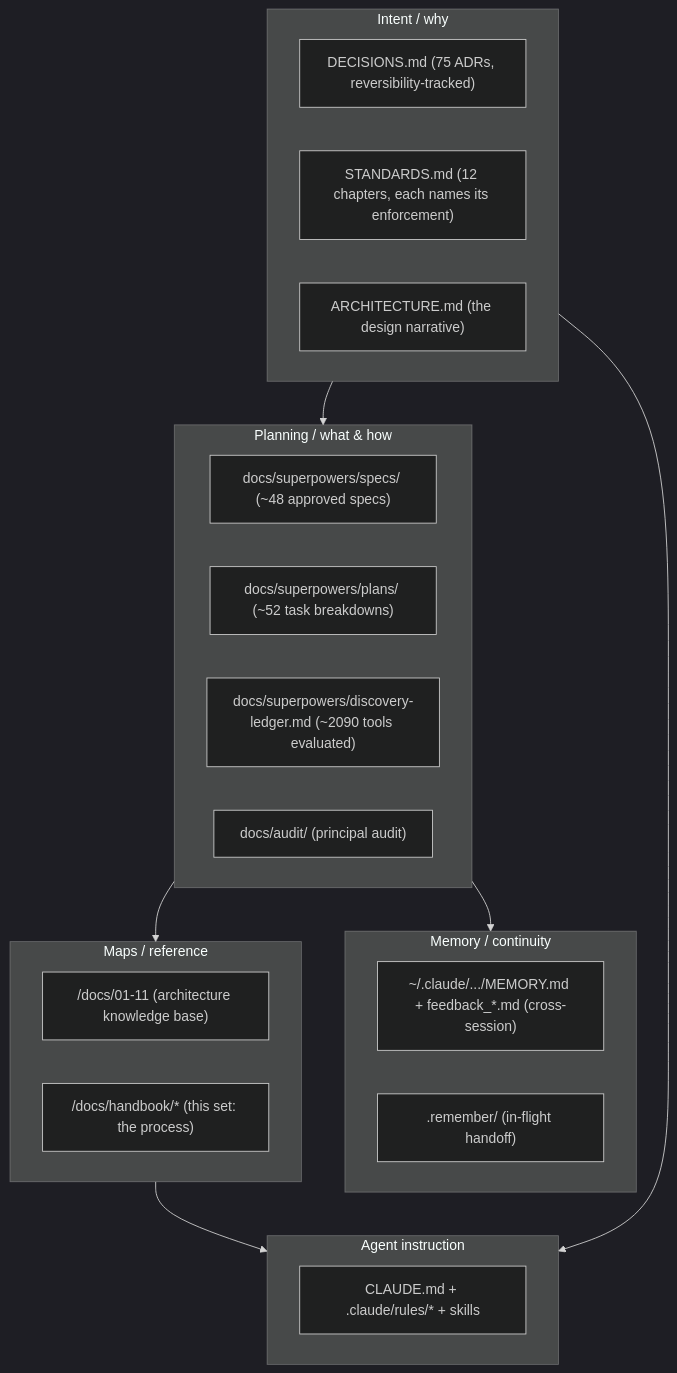
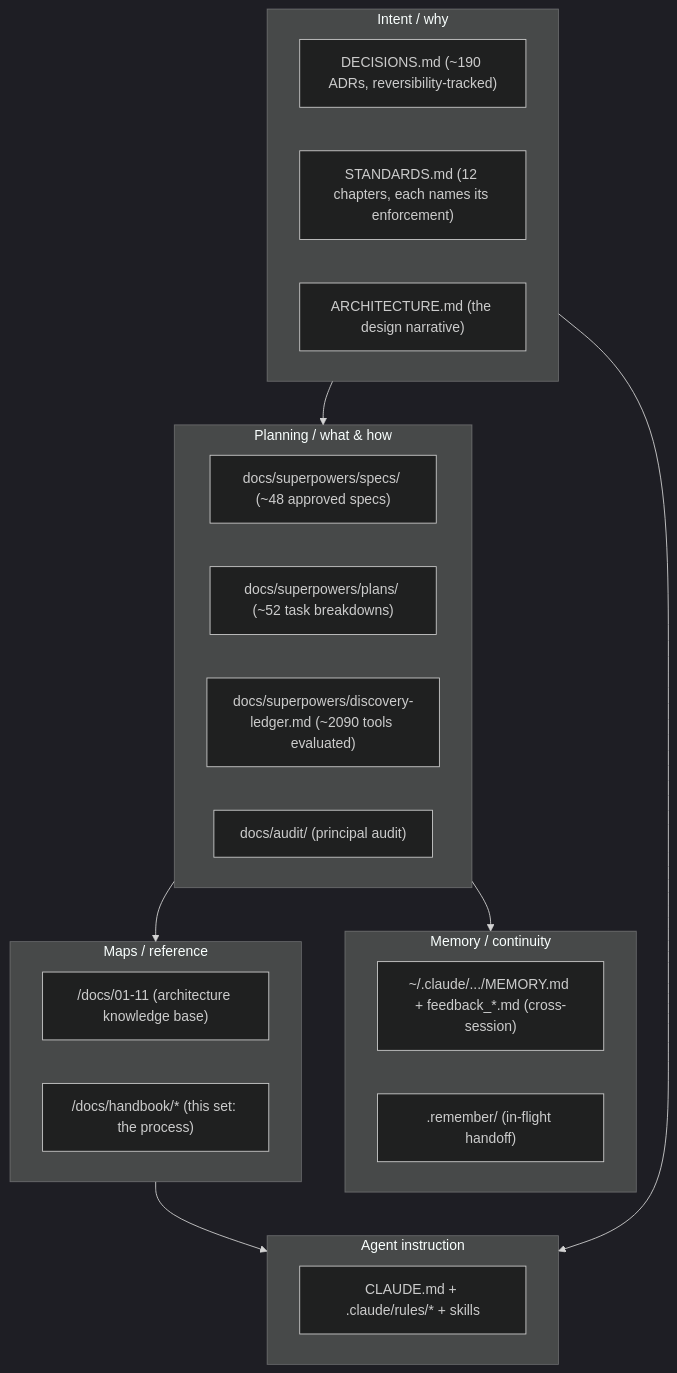
The first of 2 diagrams in docs/handbook/knowledge-architecture.md (erikunha/portfolio), drawn with Mermaid (dark theme) before and after one commit. The commit also changed 3 other files, not shown here.

````diff
--- a/docs/handbook/knowledge-architecture.md
+++ b/docs/handbook/knowledge-architecture.md
@@ -7,29 +7,29 @@
 ```mermaid
 flowchart TD
     subgraph intent["Intent / why"]
-        adr["DECISIONS.md (75 ADRs, reversibility-tracked)"]
+        adr["DECISIONS.md (~190 ADRs, reversibility-tracked)"]
         std["STANDARDS.md (12 chapters, each names its enforcement)"]
         arch["ARCHITECTURE.md (the design narrative)"]
     end
     subgraph plan["Planning / what & how"]
         specs["docs/superpowers/specs/ (~48 approved specs)"]
         plans["docs/superpowers/plans/ (~52 task breakdowns)"]
         ledger["docs/superpowers/discovery-ledger.md (~2090 tools evaluated)"]
         audit["docs/audit/ (principal audit)"]
     end
     subgraph maps["Maps / reference"]
         kb["/docs/01-11 (architecture knowledge base)"]
         hb["/docs/handbook/* (this set: the process)"]
     end
     subgraph agent["Agent instruction"]
         cl["CLAUDE.md + .claude/rules/* + skills"]
     end
     subgraph memory["Memory / continuity"]
         mem["~/.claude/.../MEMORY.md + feedback_*.md (cross-session)"]
         rem[".remember/ (in-flight handoff)"]
     end
     intent --> plan --> maps
     intent --> agent
     maps --> agent
     plan --> memory
 ```
````
